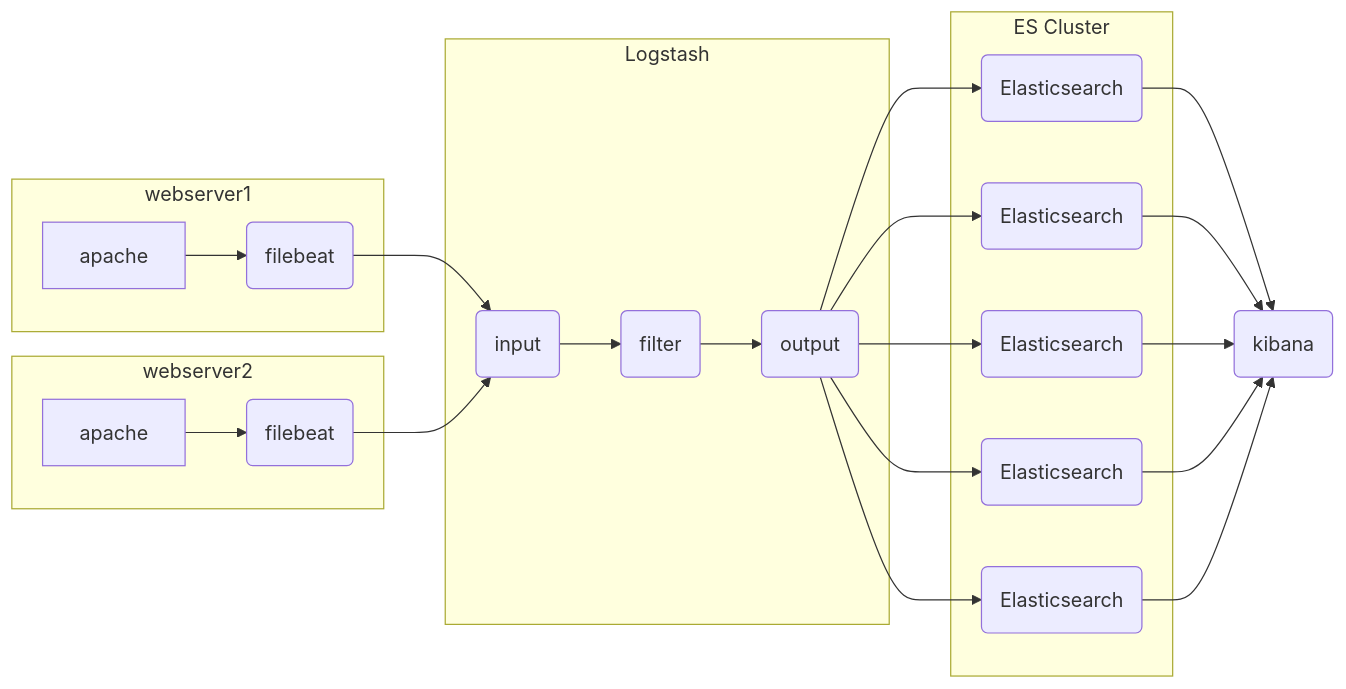
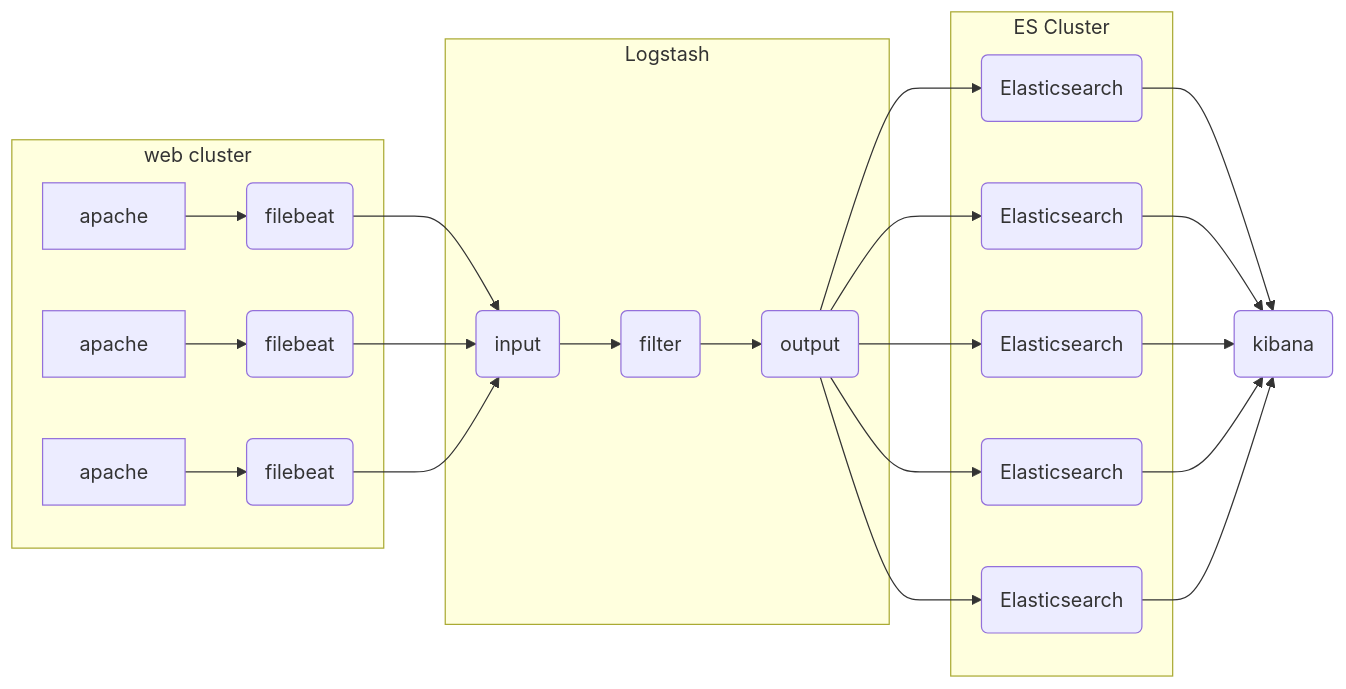
The diagram in ARCHITECTURE/01/elk-01.md (tonggh220/md_4_nsd_notes), drawn with Mermaid before and after one commit. The commit also changed other lines of this file, not shown here.

Commit message:
xxxxxxxx

````diff
--- a/ARCHITECTURE/01/elk-01.md
+++ b/ARCHITECTURE/01/elk-01.md
@@ -5,31 +5,31 @@
 ```mermaid
 graph LR
-subgraph webserver1
+subgraph web cluster
   H1[apache] --> F1(filebeat)
-end
-subgraph webserver2
   H2[apache] --> F2(filebeat)
+  H3[apache] --> F3(filebeat)
 end
 F1 --> A1
 F2 --> A1
+F3 --> A1
 subgraph Logstash
   A1(input) --> A2(filter) --> A3(output)
 end
 subgraph ES Cluster
   ES1(Elasticsearch)  
   ES2(Elasticsearch)
   ES3(Elasticsearch)
   ES4(Elasticsearch)
   ES5(Elasticsearch)
 end
 A3 --> ES1
 A3 --> ES2
 A3 --> ES3
 A3 --> ES4
 A3 --> ES5
 ES1 --> K(kibana)
 ES2 --> K
 ES3 --> K
 ES4 --> K
 ES5 --> K
 ```
````
